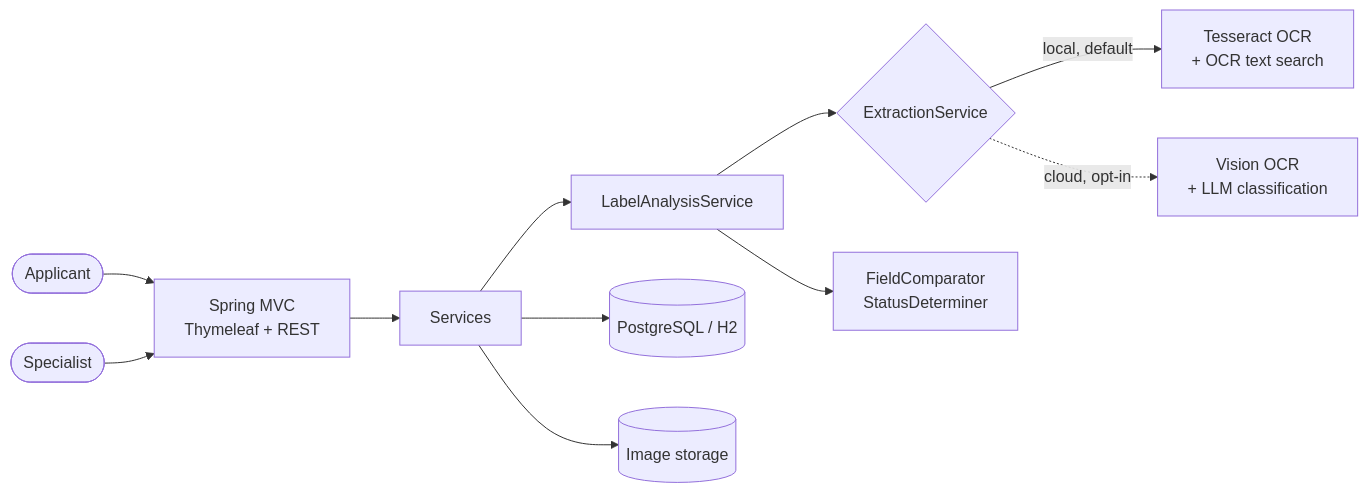
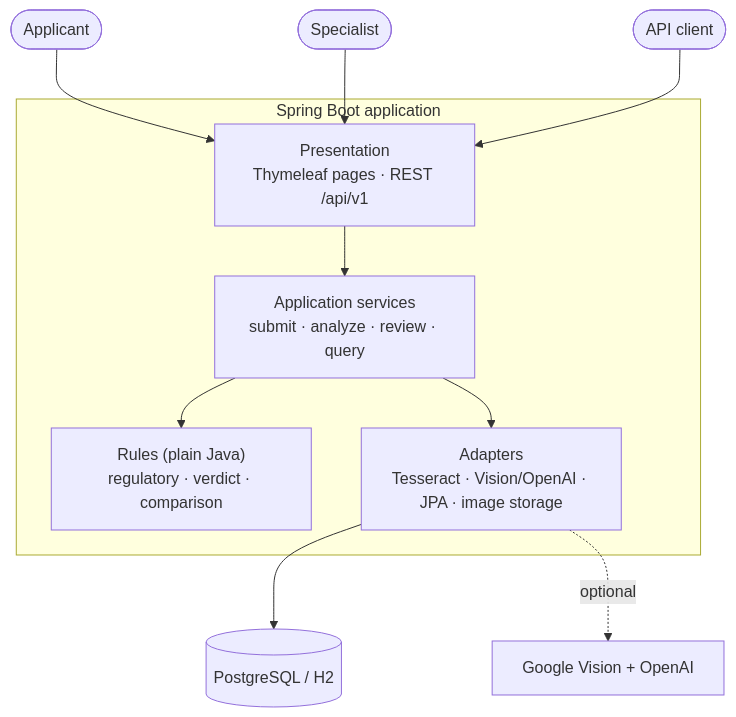
Before and after one commit to SarvariVin/ttb-label-verification: the diagram in README.md, drawn with Mermaid. The commit also changed other lines of this file and 251 other files, not shown here.

````diff
--- a/README.md
+++ b/README.md
@@ -136,13 +155,14 @@
 ```mermaid
-flowchart LR
-    A([Applicant]) --> W[Spring MVC<br/>Thymeleaf + REST]
-    S([Specialist]) --> W
-    W --> SV[Services]
-    SV --> AN[LabelAnalysisService]
-    AN --> EX{ExtractionService}
-    EX -->|local, default| T[Tesseract OCR<br/>+ OCR text search]
-    EX -.->|cloud, opt-in| G[Vision OCR<br/>+ LLM classification]
-    AN --> C[FieldComparator<br/>StatusDeterminer]
-    SV --> DB[(PostgreSQL / H2)]
-    SV --> FS[(Image storage)]
+flowchart TB
+    A([Applicant]) & S([Specialist]) & C([API client]) --> P
+    subgraph app["Spring Boot application"]
+        P["Presentation<br/>Thymeleaf pages · REST /api/v1"]
+        AP["Application services<br/>submit · analyze · review · query"]
+        R["Rules (plain Java)<br/>regulatory · verdict · comparison"]
+        AD["Adapters<br/>Tesseract · Vision/OpenAI · JPA · image storage"]
+        P --> AP --> R
+        AP --> AD
+    end
+    AD --> DB[(PostgreSQL / H2)]
+    AD -.->|optional| CL[Google Vision + OpenAI]
 ```
````
